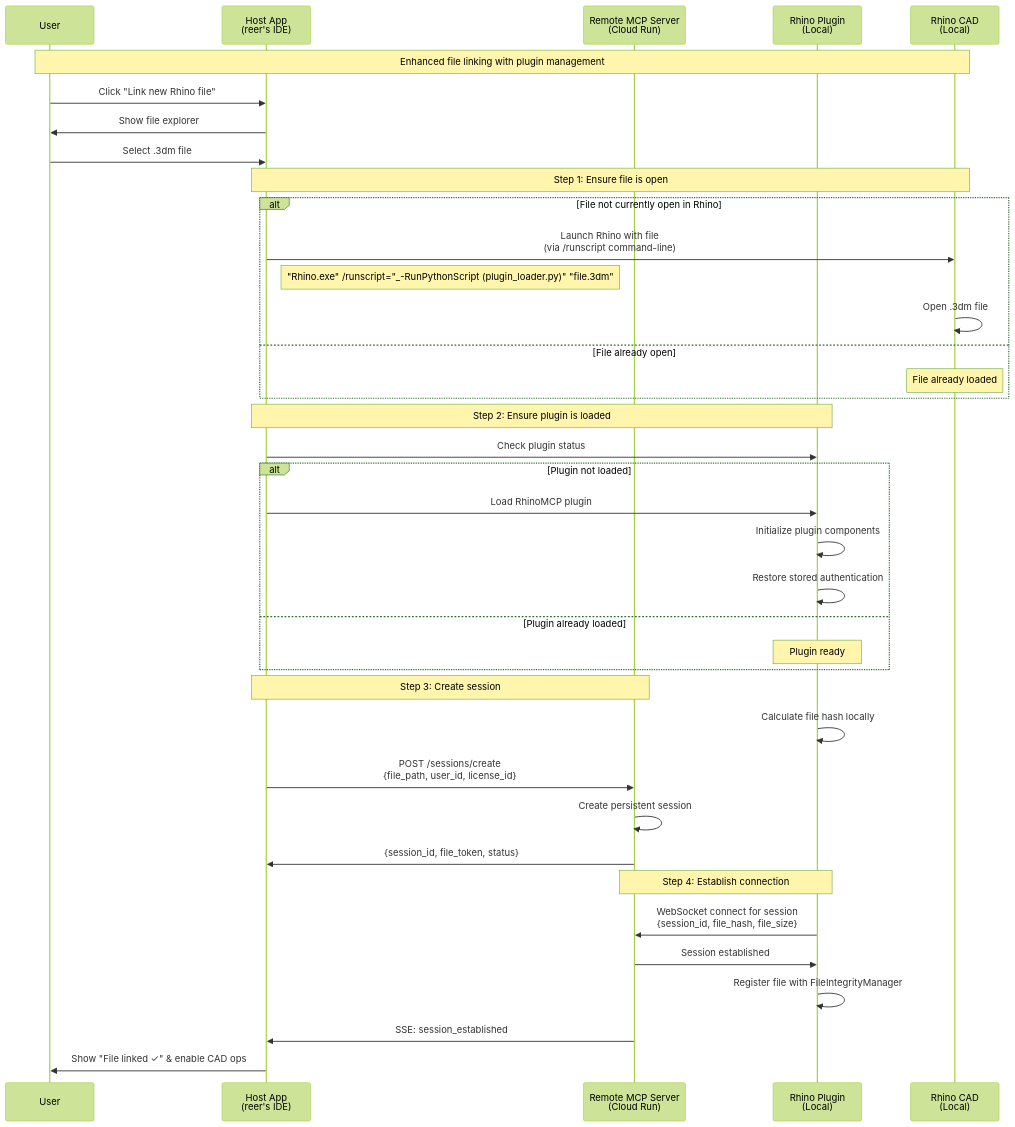
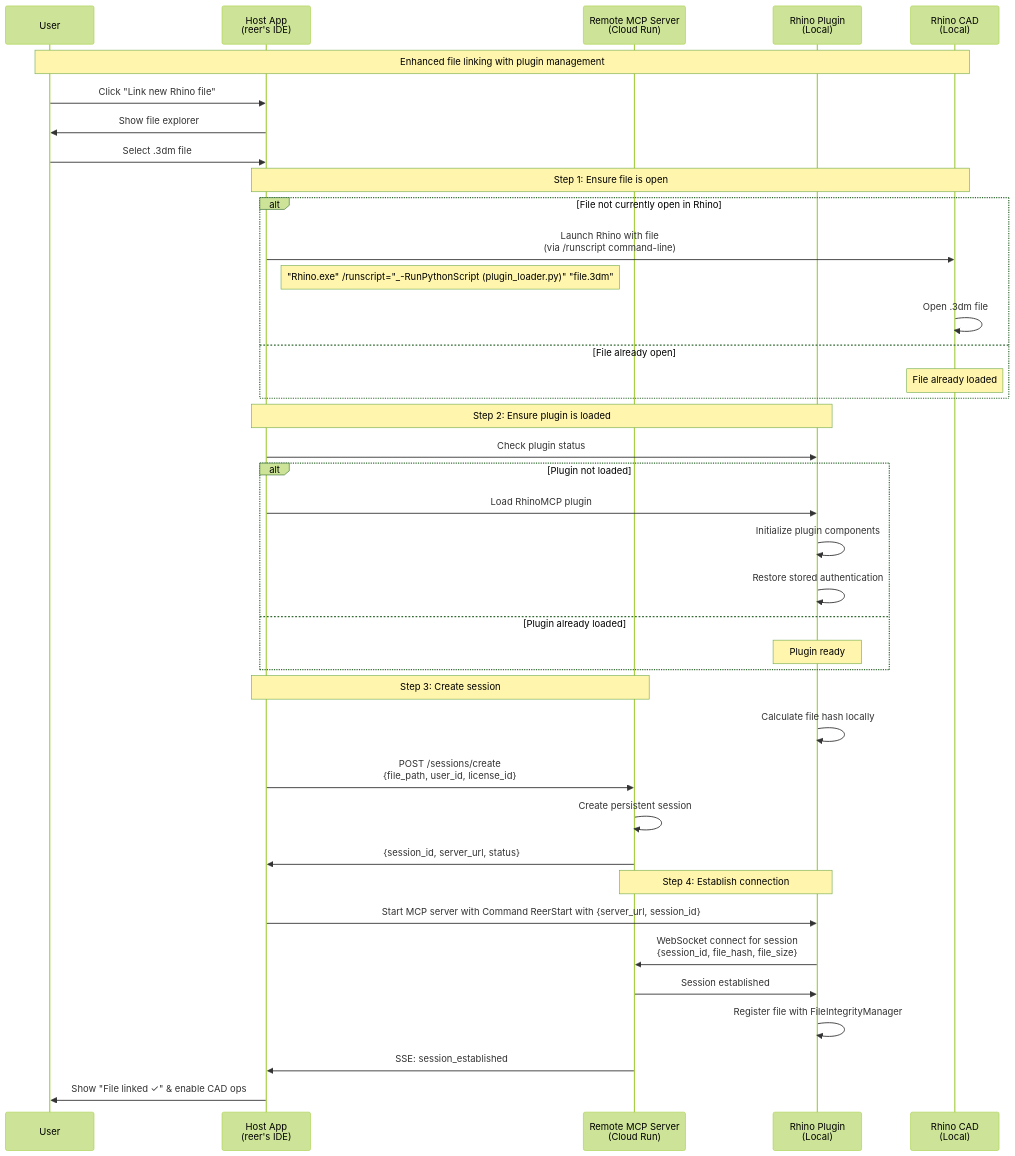
Before and after one commit to reer-ide/rhino_mcp_remote: the second of 4 diagrams in docs/architecture.md, drawn with Mermaid (forest theme). The commit also changed other lines of this file and 4 other files, not shown here.

Commit message:
Refactor to separate License management and Connection mannagement. Update flow diagrams in architecture.md to reflect changes in the licensing process and connection UX.

````diff
--- a/docs/architecture.md
+++ b/docs/architecture.md
@@ -103,47 +102,48 @@
 ```mermaid
 sequenceDiagram
     participant User
     participant HostApp as Host App<br/>(reer's IDE)
     participant RemoteServer as Remote MCP Server<br/>(Cloud Run)
     participant RhinoPlugin as Rhino Plugin<br/>(Local)
     participant RhinoCAD as Rhino CAD<br/>(Local)
     
     Note over User,RhinoCAD: Enhanced file linking with plugin management
     
     User->>HostApp: Click "Link new Rhino file"
     HostApp->>User: Show file explorer
     User->>HostApp: Select .3dm file
     
     Note over HostApp,RhinoCAD: Step 1: Ensure file is open
     alt File not currently open in Rhino
         HostApp->>RhinoCAD: Launch Rhino with file<br/>(via /runscript command-line)
         Note right of HostApp: "Rhino.exe" /runscript="_-RunPythonScript (plugin_loader.py)" "file.3dm"
         RhinoCAD->>RhinoCAD: Open .3dm file
     else File already open
         Note over RhinoCAD: File already loaded
     end
     
     Note over HostApp,RhinoPlugin: Step 2: Ensure plugin is loaded
     HostApp->>RhinoPlugin: Check plugin status
     alt Plugin not loaded
         HostApp->>RhinoPlugin: Load RhinoMCP plugin
         RhinoPlugin->>RhinoPlugin: Initialize plugin components
         RhinoPlugin->>RhinoPlugin: Restore stored authentication
     else Plugin already loaded
         Note over RhinoPlugin: Plugin ready
     end
     
     Note over HostApp,RemoteServer: Step 3: Create session
     RhinoPlugin->>RhinoPlugin: Calculate file hash locally
     HostApp->>RemoteServer: POST /sessions/create<br/>{file_path, user_id, license_id}
     RemoteServer->>RemoteServer: Create persistent session
-    RemoteServer->>HostApp: {session_id, file_token, status}
+    RemoteServer->>HostApp: {session_id, server_url, status}
     
     Note over RhinoPlugin,RemoteServer: Step 4: Establish connection
+    HostApp->>RhinoPlugin: Start MCP server with Command ReerStart with {server_url, session_id}
     RhinoPlugin->>RemoteServer: WebSocket connect for session<br/>{session_id, file_hash, file_size}
     RemoteServer->>RhinoPlugin: Session established
     RhinoPlugin->>RhinoPlugin: Register file with FileIntegrityManager
     
     RemoteServer->>HostApp: SSE: session_established
     HostApp->>User: Show "File linked ✓" & enable CAD ops
 ```
````
